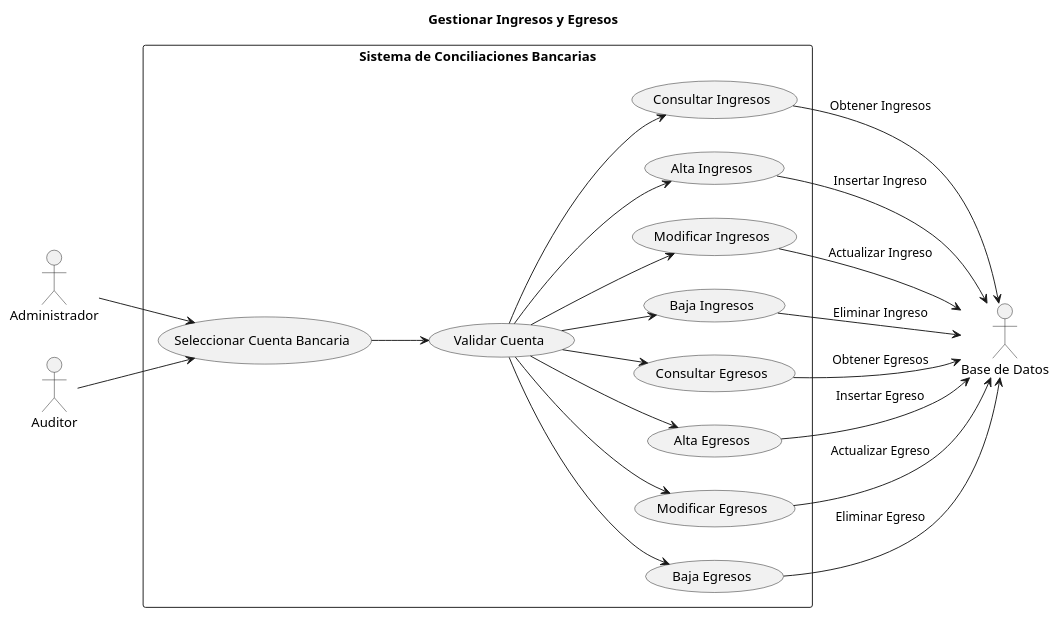
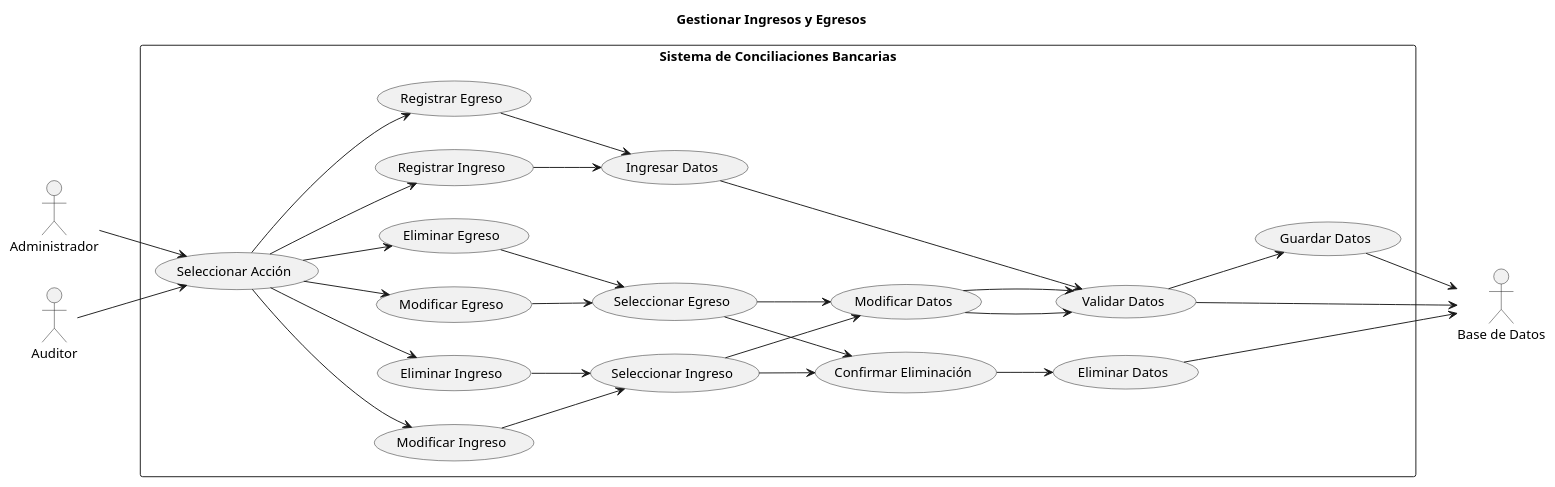
The diagram in IngresosEgresos.puml (ricardouriegas/sistema-de-consilaciones-bancarias), drawn with PlantUML before and after one commit. The commit also changed 15 other files, not shown here.

```diff
--- a/IngresosEgresos.puml
+++ b/IngresosEgresos.puml
@@ -1,34 +1,44 @@
-@startuml IngresosEgresos
+@startuml GestionarIngresosEgresos
 title Gestionar Ingresos y Egresos
 left to right direction
 
 actor Administrador as admin
 actor Auditor as auditor
 actor "Base de Datos" as db
 
 rectangle "Sistema de Conciliaciones Bancarias" {
-    admin --> (Seleccionar Cuenta Bancaria)
-    auditor --> (Seleccionar Cuenta Bancaria)
+    admin --> (Seleccionar Acción)
+    auditor --> (Seleccionar Acción)
 
-    (Seleccionar Cuenta Bancaria) --> (Validar Cuenta) 
-    (Validar Cuenta) --> (Consultar Ingresos)
-    (Validar Cuenta) --> (Alta Ingresos)
-    (Validar Cuenta) --> (Modificar Ingresos)
-    (Validar Cuenta) --> (Baja Ingresos)
-    (Validar Cuenta) --> (Consultar Egresos)
-    (Validar Cuenta) --> (Alta Egresos)
-    (Validar Cuenta) --> (Modificar Egresos)
-    (Validar Cuenta) --> (Baja Egresos)
+    (Seleccionar Acción) --> (Registrar Ingreso)
+    (Seleccionar Acción) --> (Registrar Egreso)
+    (Seleccionar Acción) --> (Modificar Ingreso)
+    (Seleccionar Acción) --> (Modificar Egreso)
+    (Seleccionar Acción) --> (Eliminar Ingreso)
+    (Seleccionar Acción) --> (Eliminar Egreso)
 
-    (Consultar Ingresos) --> db : "Obtener Ingresos"
-    (Alta Ingresos) --> db : "Insertar Ingreso"
-    (Modificar Ingresos) --> db : "Actualizar Ingreso"
-    (Baja Ingresos) --> db : "Eliminar Ingreso"
+    (Registrar Ingreso) --> (Ingresar Datos)
+    (Registrar Egreso) --> (Ingresar Datos)
+    (Modificar Ingreso) --> (Seleccionar Ingreso)
+    (Modificar Egreso) --> (Seleccionar Egreso)
+    (Eliminar Ingreso) --> (Seleccionar Ingreso)
+    (Eliminar Egreso) --> (Seleccionar Egreso)
 
-    (Consultar Egresos) --> db : "Obtener Egresos"
-    (Alta Egresos) --> db : "Insertar Egreso"
-    (Modificar Egresos) --> db : "Actualizar Egreso"
-    (Baja Egresos) --> db : "Eliminar Egreso"
+    (Ingresar Datos) --> (Validar Datos)
+    (Validar Datos) --> (Guardar Datos)
+    (Validar Datos) --> db
+    (Guardar Datos) --> db
+
+    (Seleccionar Ingreso) --> (Modificar Datos)
+    (Modificar Datos) --> (Validar Datos)
+
+    (Seleccionar Egreso) --> (Modificar Datos)
+    (Modificar Datos) --> (Validar Datos)
+
+    (Seleccionar Ingreso) --> (Confirmar Eliminación)
+    (Seleccionar Egreso) --> (Confirmar Eliminación)
+    (Confirmar Eliminación) --> (Eliminar Datos)
+    (Eliminar Datos) --> db
 }
 
 @enduml
```
